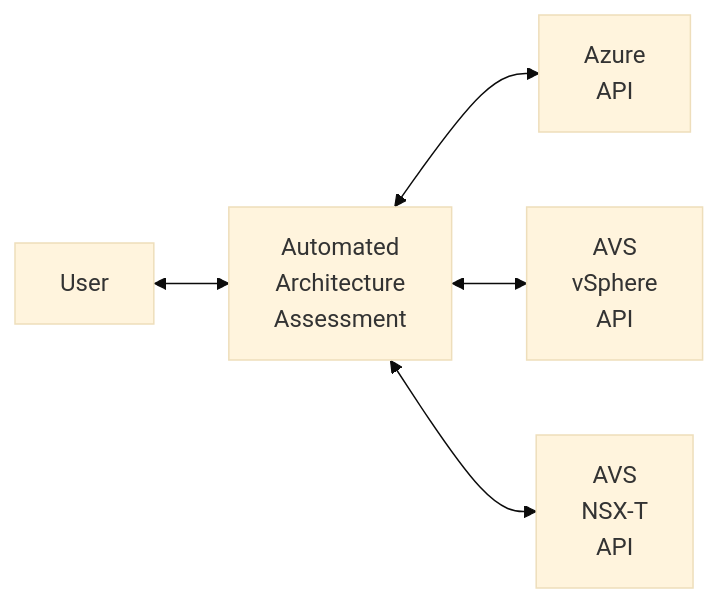
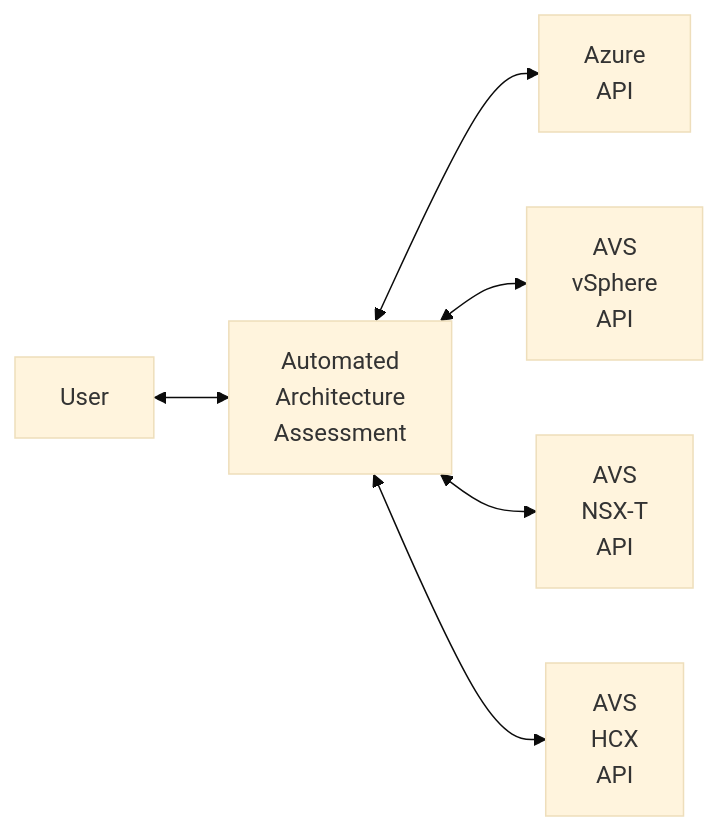
One commit to Azure/Enterprise-Scale-for-AVS changed the diagram in BrownField/Auto-assessment/readme.md. Above: the diagram before and after it, drawn with Mermaid (base theme). The commit also changed other lines of this file and 1 other file, not shown here.

Commit message:
Add HCX API documentation and update design areas in auto-assessment scripts

````diff
--- a/BrownField/Auto-assessment/readme.md
+++ b/BrownField/Auto-assessment/readme.md
@@ -30,15 +30,18 @@
 ```mermaid
 flowchart LR
 
 A[User] <--> B[Automated
 Architecture
 Assessment]
 B <--> C[Azure
 API]
 B <--> D[AVS 
 vSphere
 API]
 B <--> E[AVS
 NSX-T
 API]
+B <--> F[AVS
+HCX
+API]
 ```
````
